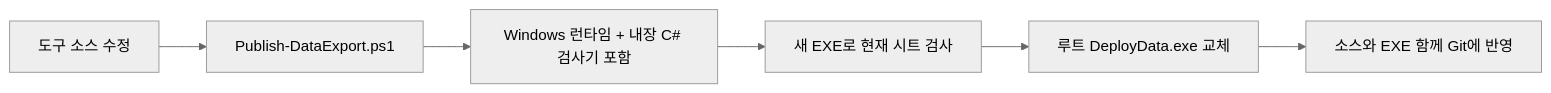
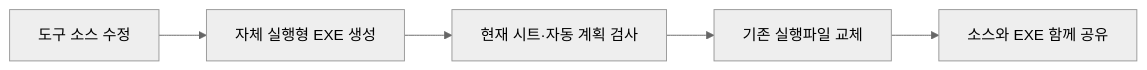
The fifth of 5 diagrams in README.md (hyunho9228-web/DataSheet), drawn with Mermaid (neutral theme) before and after one commit. The commit also changed other lines of this file and 14 other files, not shown here.

````diff
--- a/README.md
+++ b/README.md
@@ -147,8 +156,7 @@
 ```mermaid
 flowchart LR
-    S[도구 소스 수정] --> B[Publish-DataExport.ps1]
-    B --> R[Windows 런타임 + 내장 C# 검사기 포함]
-    R --> V[새 EXE로 현재 시트 검사]
-    V --> E[루트 DeployData.exe 교체]
-    E --> G[소스와 EXE 함께 Git에 반영]
+    A[도구 소스 수정] --> B[자체 실행형 EXE 생성]
+    B --> C[현재 시트·자동 계획 검사]
+    C --> D[기존 실행파일 교체]
+    D --> E[소스와 EXE 함께 공유]
 ```
````
